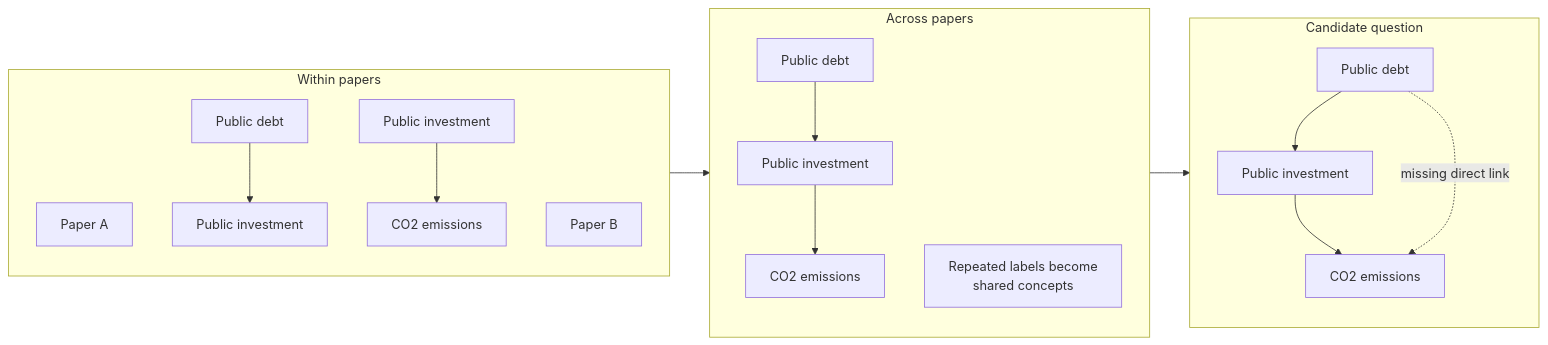
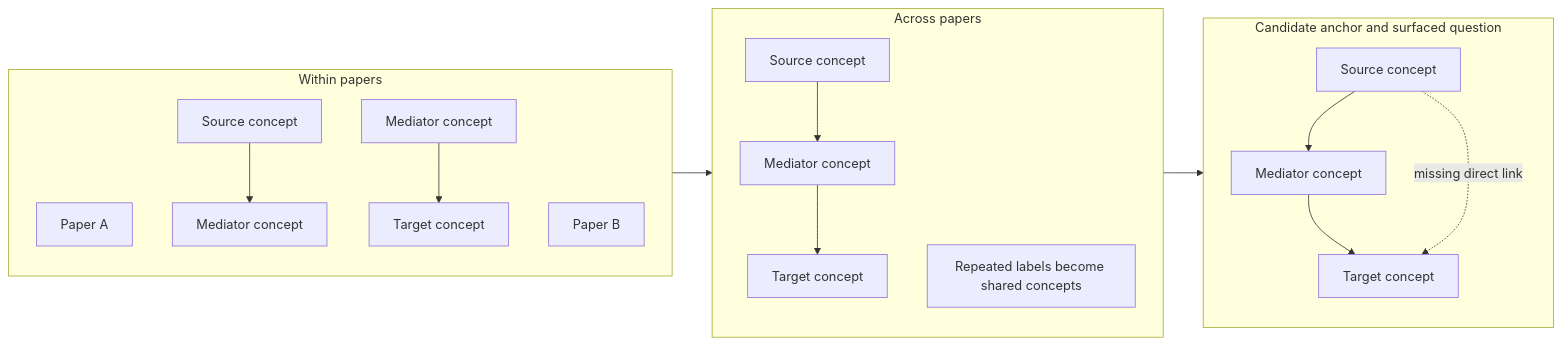
The first of 3 diagrams in site/src/generated/paper/research_allocation_paper_full.md (prashgarg/frontiergraph), drawn with Mermaid before and after one commit. The commit also changed other lines of this file and 116 other files, not shown here.

````diff
--- a/site/src/generated/paper/research_allocation_paper_full.md
+++ b/site/src/generated/paper/research_allocation_paper_full.md
@@ -51,21 +61,21 @@
 ```mermaid
 flowchart LR
     subgraph P1["Within papers"]
         PA["Paper A"]
-        A1["Public debt"] --> A2["Public investment"]
+        A1["Source concept"] --> A2["Mediator concept"]
         PB["Paper B"]
-        B1["Public investment"] --> B2["CO2 emissions"]
+        B1["Mediator concept"] --> B2["Target concept"]
     end
     P1 --> P2
     subgraph P2["Across papers"]
-        C1["Public debt"] --> C2["Public investment"]
-        C2 --> C3["CO2 emissions"]
-        C4["Repeated labels become<br/>shared concepts"]
+        C1["Source concept"] --> C2["Mediator concept"]
+        C2 --> C3["Target concept"]
+        C4["Repeated labels become shared concepts"]
     end
     P2 --> P3
-    subgraph P3["Candidate question"]
-        D1["Public debt"] --> D2["Public investment"]
-        D2 --> D3["CO2 emissions"]
+    subgraph P3["Candidate anchor and surfaced question"]
+        D1["Source concept"] --> D2["Mediator concept"]
+        D2 --> D3["Target concept"]
         D1 -. missing direct link .-> D3
     end
 ```
````
